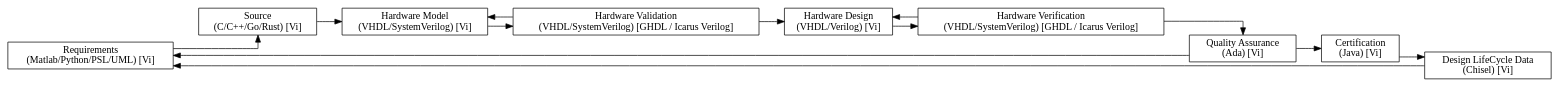
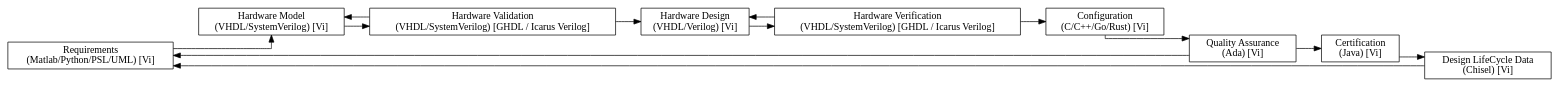
One commit to PacoReinaCampo/SoC-RTOS changed the diagram in lifecycle/edition/assets/chapter4/hardware-project.dot. Above: the diagram before and after it, drawn with Graphviz. The commit also changed 68 other files, not shown here.

```diff
--- a/lifecycle/edition/assets/chapter4/hardware-project.dot
+++ b/lifecycle/edition/assets/chapter4/hardware-project.dot
@@ -1,32 +1,32 @@
 digraph Project {
   // Introduction
   graph [rankdir = LR, splines=ortho];
   node[shape=record];
 
   // Blocks
   Requirements[label="Requirements \n(Matlab/Python/PSL/UML) [Vi]"];
-  Source[label="Source \n(C/C++/Go/Rust) [Vi]"];
   Model[label="Hardware Model \n(VHDL/SystemVerilog) [Vi]"];
   Validation[label="Hardware Validation \n(VHDL/SystemVerilog) [GHDL / Icarus Verilog]"];
   Design[label="Hardware Design \n(VHDL/Verilog) [Vi]"];
   Verification[label="Hardware Verification \n(VHDL/SystemVerilog) [GHDL / Icarus Verilog]"];
+  Configuration[label="Configuration \n(C/C++/Go/Rust) [Vi]"];
   Quality[label="Quality Assurance \n(Ada) [Vi]"];
   Certification[label="Certification \n(Java) [Vi]"];
   LifeCycle[label="Design LifeCycle Data \n(Chisel) [Vi]"];
 
   // Sequence
-  Requirements -> Source;
-  Source -> Model;
+  Requirements -> Model;
   Model -> Validation;
   Validation -> Design;
   Design -> Verification;
-  Verification -> Quality;
+  Verification -> Configuration;
+  Configuration -> Quality;
   Quality -> Certification;
   Certification -> LifeCycle;
   LifeCycle -> Requirements;
 
   // Feedback
   Validation -> Model;
   Verification -> Design;
   Quality -> Requirements;
 }
```
